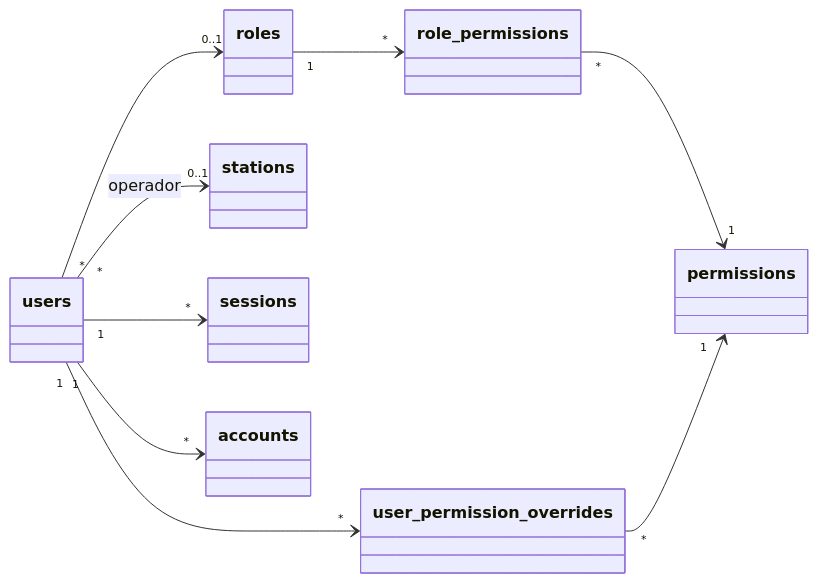
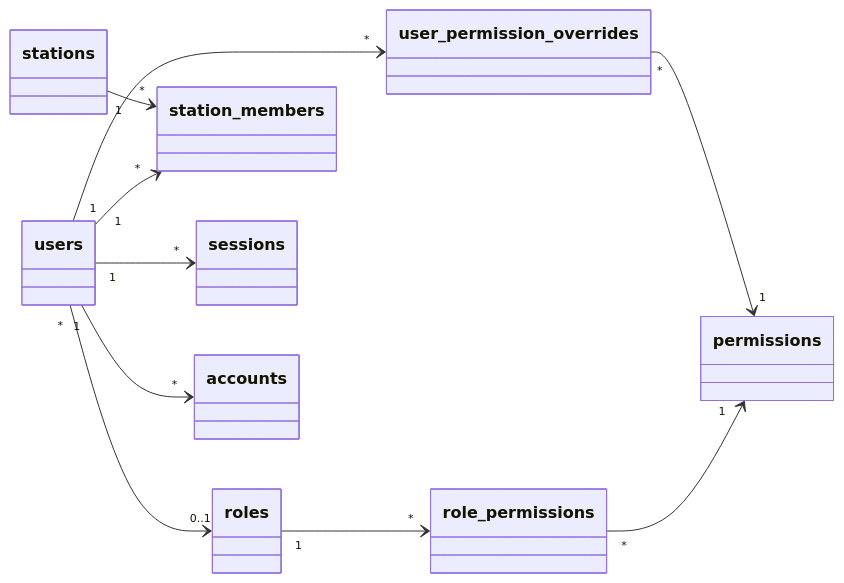
The first of 3 diagrams in docs/DATABASE.md (PitterQuenallata/luz-del-tiempo), drawn with Mermaid before and after one commit. The commit also changed other lines of this file and 1 other file, not shown here.

````diff
--- a/docs/DATABASE.md
+++ b/docs/DATABASE.md
@@ -21,12 +21,13 @@
 ```mermaid
 classDiagram
   direction LR
   users "*" --> "0..1" roles
   roles "1" --> "*" role_permissions
   role_permissions "*" --> "1" permissions
   users "1" --> "*" user_permission_overrides
   user_permission_overrides "*" --> "1" permissions
-  users "*" --> "0..1" stations : operador
+  users "1" --> "*" station_members
+  stations "1" --> "*" station_members
   users "1" --> "*" sessions
   users "1" --> "*" accounts
 ```
````
